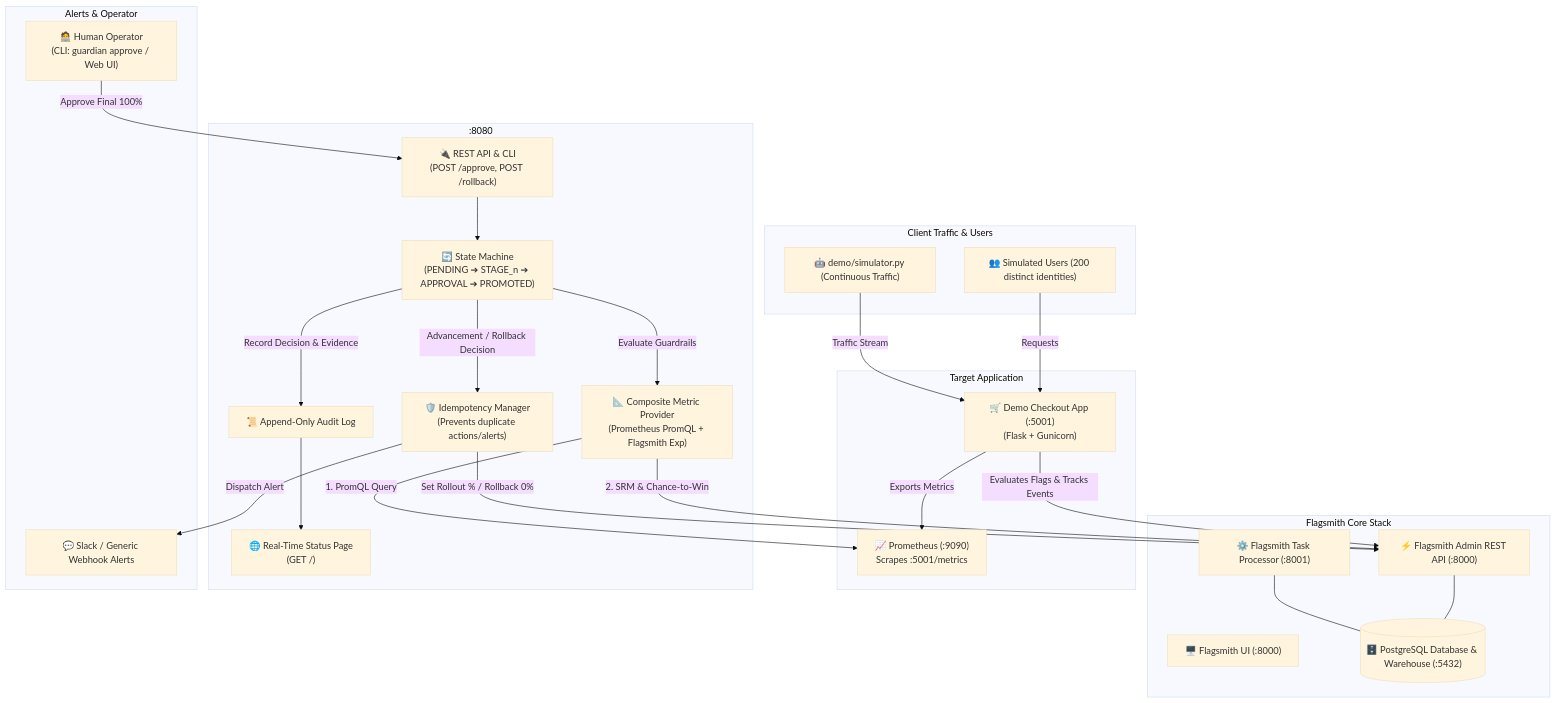
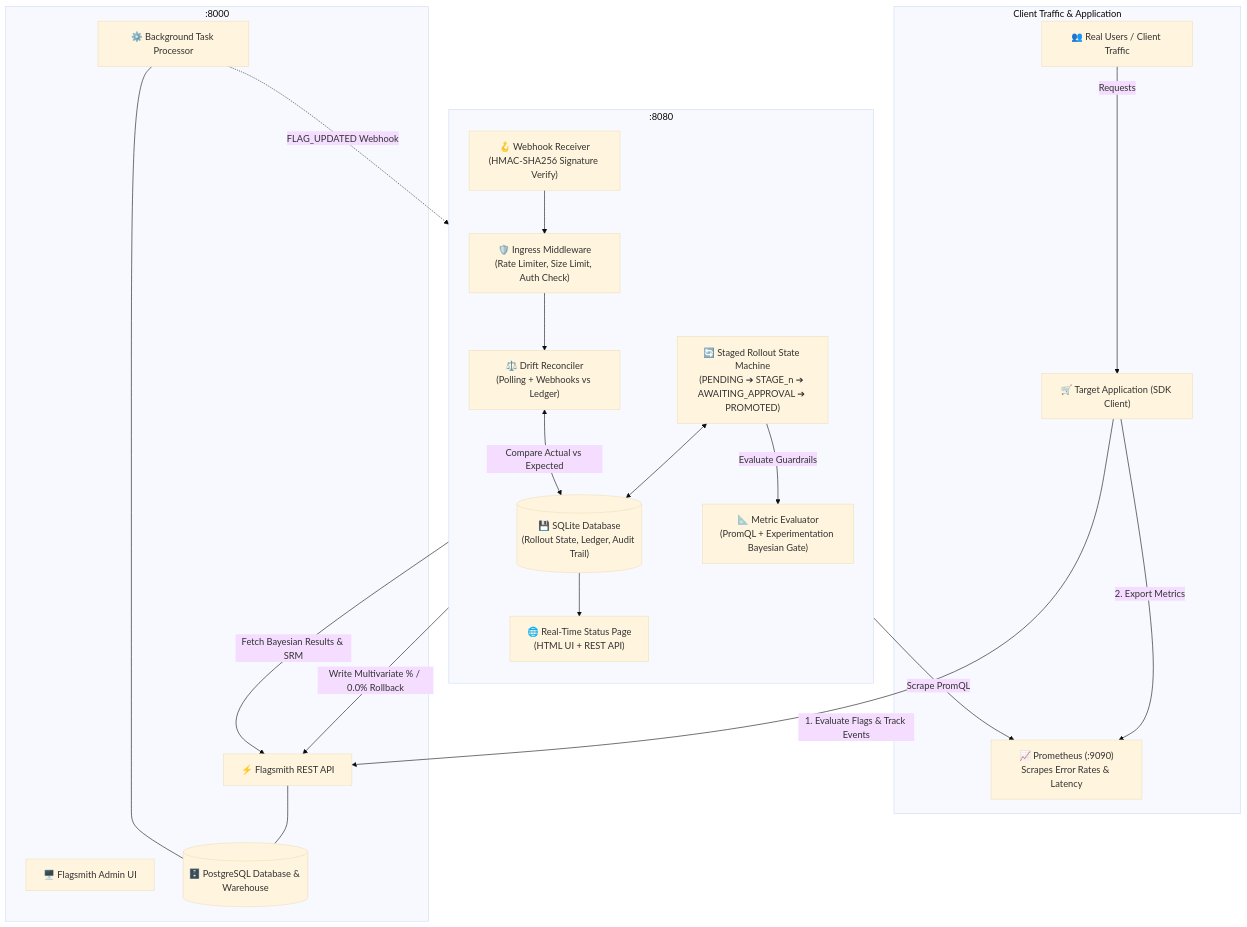
The diagram in README.md (Shubhamver45/Flagsmit), drawn with Mermaid (base theme) before and after one commit. The commit also changed other lines of this file and 6 other files, not shown here.

````diff
--- a/README.md
+++ b/README.md
@@ -28,51 +146,44 @@
 ```mermaid
 flowchart TD
-    subgraph Client Traffic & Users
-        Users["👥 Simulated Users (200 distinct identities)"]
-        Simulator["🤖 demo/simulator.py (Continuous Traffic)"]
+    subgraph Client Traffic & Application
+        Users["👥 Real Users / Client Traffic"]
+        App["🛒 Target Application (SDK Client)"]
+        Prometheus["📈 Prometheus (:9090)<br/>Scrapes Error Rates & Latency"]
     end
 
-    subgraph Flagsmith Core Stack
-        FS_UI["🖥️ Flagsmith UI (:8000)"]
-        FS_API["⚡ Flagsmith Admin REST API (:8000)"]
-        FS_DB[("🗄️ PostgreSQL Database & Warehouse (:5432)")]
-        FS_TP["⚙️ Flagsmith Task Processor (:8001)"]
+    subgraph Flagsmith Core Platform [":8000"]
+        FS_UI["🖥️ Flagsmith Admin UI"]
+        FS_API["⚡ Flagsmith REST API"]
+        FS_DB[("🗄️ PostgreSQL Database & Warehouse")]
+        FS_TP["⚙️ Background Task Processor"]
     end
 
-    subgraph Target Application
-        App["🛒 Demo Checkout App (:5001)<br/>(Flask + Gunicorn)"]
-        Prometheus["📈 Prometheus (:9090)<br/>Scrapes :5001/metrics"]
-    end
-
-    subgraph Guardian Service [":8080"]
-        SM["🔄 State Machine<br/>(PENDING ➔ STAGE_n ➔ APPROVAL ➔ PROMOTED)"]
-        Metrics["📐 Composite Metric Provider<br/>(Prometheus PromQL + Flagsmith Exp)"]
-        Idempotency["🛡️ Idempotency Manager<br/>(Prevents duplicate actions/alerts)"]
-        AuditLog["📜 Append-Only Audit Log"]
-        StatusPage["🌐 Real-Time Status Page<br/>(GET /)"]
-        API["🔌 REST API & CLI<br/>(POST /approve, POST /rollback)"]
-    end
-
-    subgraph Alerts & Operator
-        Operator["🧑‍💻 Human Operator<br/>(CLI: guardian approve / Web UI)"]
-        Slack["💬 Slack / Generic Webhook Alerts"]
+    subgraph Guardian Sidecar [":8080"]
+        direction TB
+        Ingress["🛡️ Ingress Middleware<br/>(Rate Limiter, Size Limit, Auth Check)"]
+        Webhook["🪝 Webhook Receiver<br/>(HMAC-SHA256 Signature Verify)"]
+        Engine["🔄 Staged Rollout State Machine<br/>(PENDING ➔ STAGE_n ➔ AWAITING_APPROVAL ➔ PROMOTED)"]
+        Reconciler["⚖️ Drift Reconciler<br/>(Polling + Webhooks vs Ledger)"]
+        Guardrails["📐 Metric Evaluator<br/>(PromQL + Experimentation Bayesian Gate)"]
+        Storage[("💾 SQLite Database<br/>(Rollout State, Ledger, Audit Trail)")]
+        StatusUI["🌐 Real-Time Status Page<br/>(HTML UI + REST API)"]
     end
 
     Users -->|Requests| App
-    Simulator -->|Traffic Stream| App
-    App -->|Evaluates Flags & Tracks Events| FS_API
-    App -->|Exports Metrics| Prometheus
+    App -->|1. Evaluate Flags & Track Events| FS_API
+    App -->|2. Export Metrics| Prometheus
     FS_API --- FS_DB
     FS_TP --- FS_DB
 
-    Metrics -->|1. PromQL Query| Prometheus
-    Metrics -->|2. SRM & Chance-to-Win| FS_API
-    SM -->|Evaluate Guardrails| Metrics
-    SM -->|Advancement / Rollback Decision| Idempotency
-    Idempotency -->|Set Rollout % / Rollback 0%| FS_API
-    Idempotency -->|Dispatch Alert| Slack
-    SM -->|Record Decision & Evidence| AuditLog
-    AuditLog --> StatusPage
-    Operator -->|Approve Final 100%| API
-    API --> SM
+    Guardrails -->|Scrape PromQL| Prometheus
+    Guardrails -->|Fetch Bayesian Results & SRM| FS_API
+    FS_TP -.->|FLAG_UPDATED Webhook| Webhook
+
+    Webhook --> Ingress
+    Ingress --> Reconciler
+    Reconciler <-->|Compare Actual vs Expected| Storage
+    Engine -->|Evaluate Guardrails| Guardrails
+    Engine -->|Write Multivariate % / 0.0% Rollback| FS_API
+    Engine <--> Storage
+    Storage --> StatusUI
 ```
````
